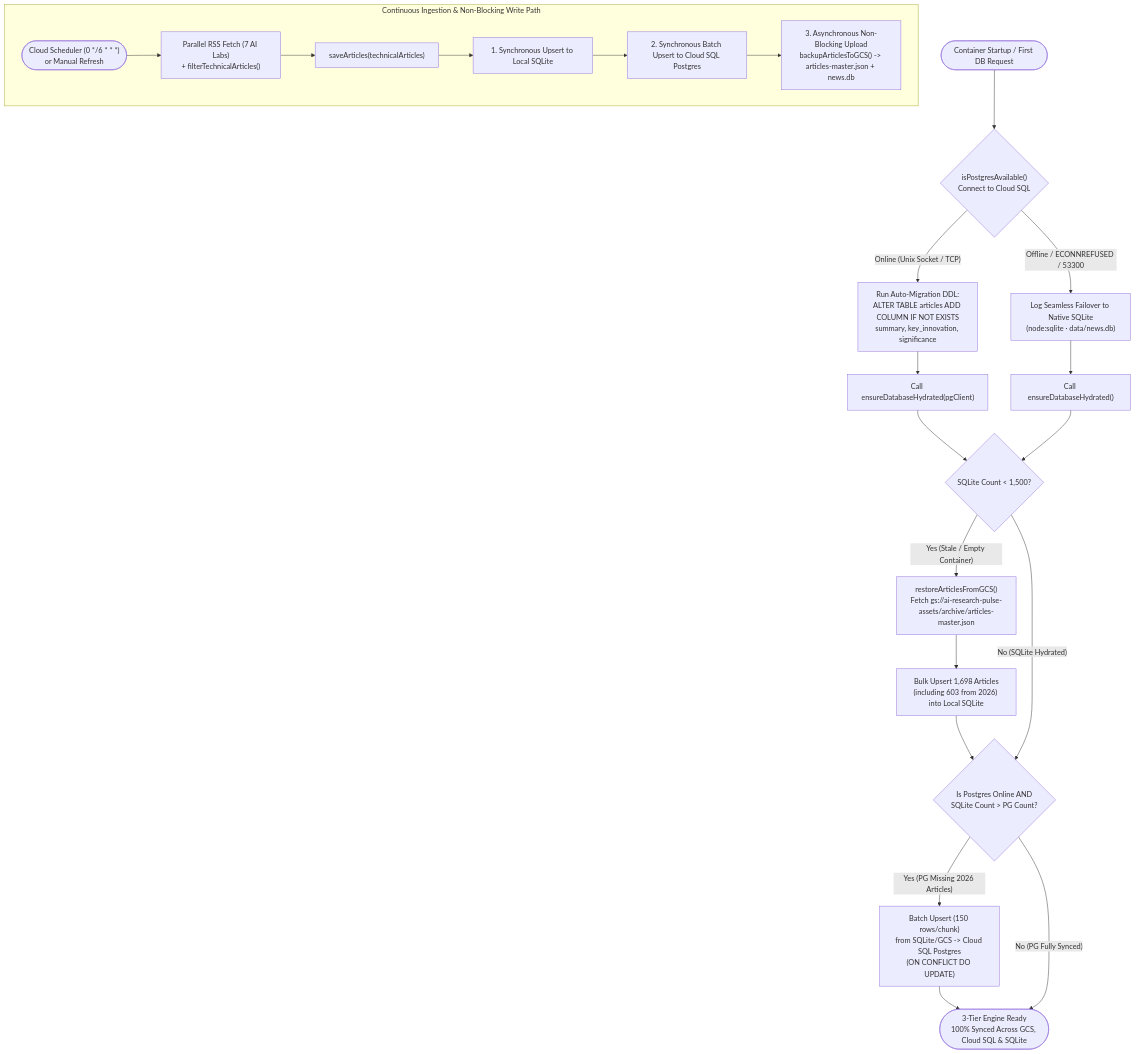
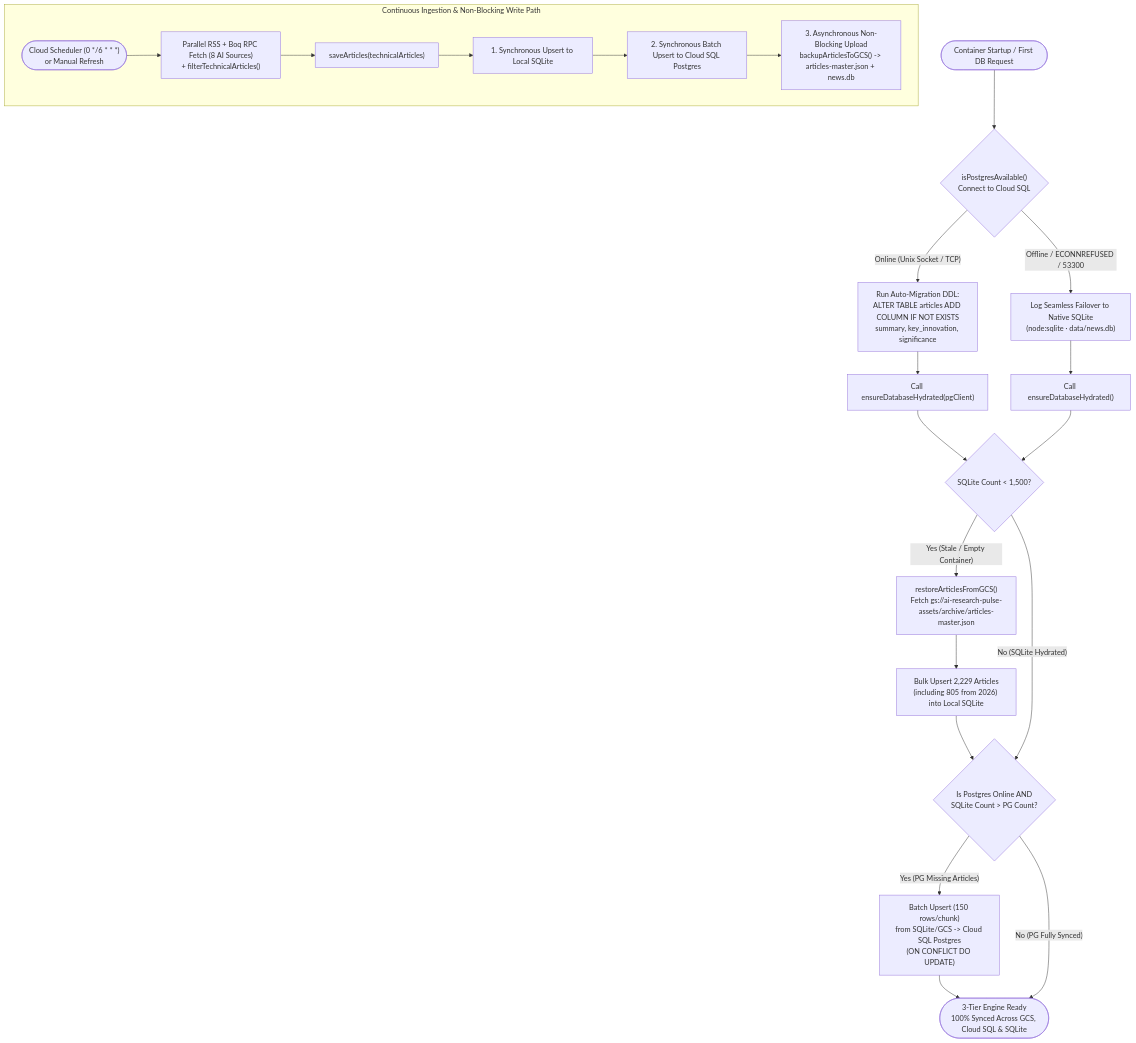
Before and after one commit to salekh/ai-research-pulse: the diagram in docs/diagrams/zero_loss_persistence.mmd, drawn with Mermaid. The commit also changed 18 other files, not shown here.

First line of the commit message:
feat(ingestion): add Google Cloud AI & ML Blog with full 2025-2026 historical archive (531 articles)

```diff
--- a/docs/diagrams/zero_loss_persistence.mmd
+++ b/docs/diagrams/zero_loss_persistence.mmd
@@ -1,30 +1,30 @@
 flowchart TD
   Start(["Container Startup / First DB Request"]) --> CheckPG{"isPostgresAvailable()\nConnect to Cloud SQL"}
 
   CheckPG -- "Online (Unix Socket / TCP)" --> AlterPG["Run Auto-Migration DDL:\nALTER TABLE articles ADD COLUMN IF NOT EXISTS\nsummary, key_innovation, significance"]
   AlterPG --> HydratePG["Call ensureDatabaseHydrated(pgClient)"]
 
   CheckPG -- "Offline / ECONNREFUSED / 53300" --> LogFallback["Log Seamless Failover to Native SQLite\n(node:sqlite · data/news.db)"]
   LogFallback --> HydrateSQLite["Call ensureDatabaseHydrated()"]
 
   HydratePG --> CheckSQLiteCount{"SQLite Count < 1,500?"}
   HydrateSQLite --> CheckSQLiteCount
 
   CheckSQLiteCount -- "Yes (Stale / Empty Container)" --> FetchGCS["restoreArticlesFromGCS()\nFetch gs://ai-research-pulse-assets/archive/articles-master.json"]
-  FetchGCS --> UpsertSQLite["Bulk Upsert 1,698 Articles\n(including 603 from 2026) into Local SQLite"]
+  FetchGCS --> UpsertSQLite["Bulk Upsert 2,229 Articles\n(including 805 from 2026) into Local SQLite"]
   UpsertSQLite --> ComparePG{"Is Postgres Online AND\nSQLite Count > PG Count?"}
 
   CheckSQLiteCount -- "No (SQLite Hydrated)" --> ComparePG
 
-  ComparePG -- "Yes (PG Missing 2026 Articles)" --> SyncPG["Batch Upsert (150 rows/chunk)\nfrom SQLite/GCS -> Cloud SQL Postgres\n(ON CONFLICT DO UPDATE)"]
+  ComparePG -- "Yes (PG Missing Articles)" --> SyncPG["Batch Upsert (150 rows/chunk)\nfrom SQLite/GCS -> Cloud SQL Postgres\n(ON CONFLICT DO UPDATE)"]
   SyncPG --> Ready(["3-Tier Engine Ready\n100% Synced Across GCS, Cloud SQL & SQLite"])
 
   ComparePG -- "No (PG Fully Synced)" --> Ready
 
   subgraph WritePath ["Continuous Ingestion & Non-Blocking Write Path"]
-    IngestTrigger(["Cloud Scheduler (0 */6 * * *)\nor Manual Refresh"]) --> FetchFeeds["Parallel RSS Fetch (7 AI Labs)\n+ filterTechnicalArticles()"]
+    IngestTrigger(["Cloud Scheduler (0 */6 * * *)\nor Manual Refresh"]) --> FetchFeeds["Parallel RSS + Boq RPC Fetch (8 AI Sources)\n+ filterTechnicalArticles()"]
     FetchFeeds --> SaveCall["saveArticles(technicalArticles)"]
     SaveCall --> WriteSQLite["1. Synchronous Upsert to Local SQLite"]
     WriteSQLite --> WritePG["2. Synchronous Batch Upsert to Cloud SQL Postgres"]
     WritePG --> AsyncGCS["3. Asynchronous Non-Blocking Upload\nbackupArticlesToGCS() -> articles-master.json + news.db"]
   end
```
